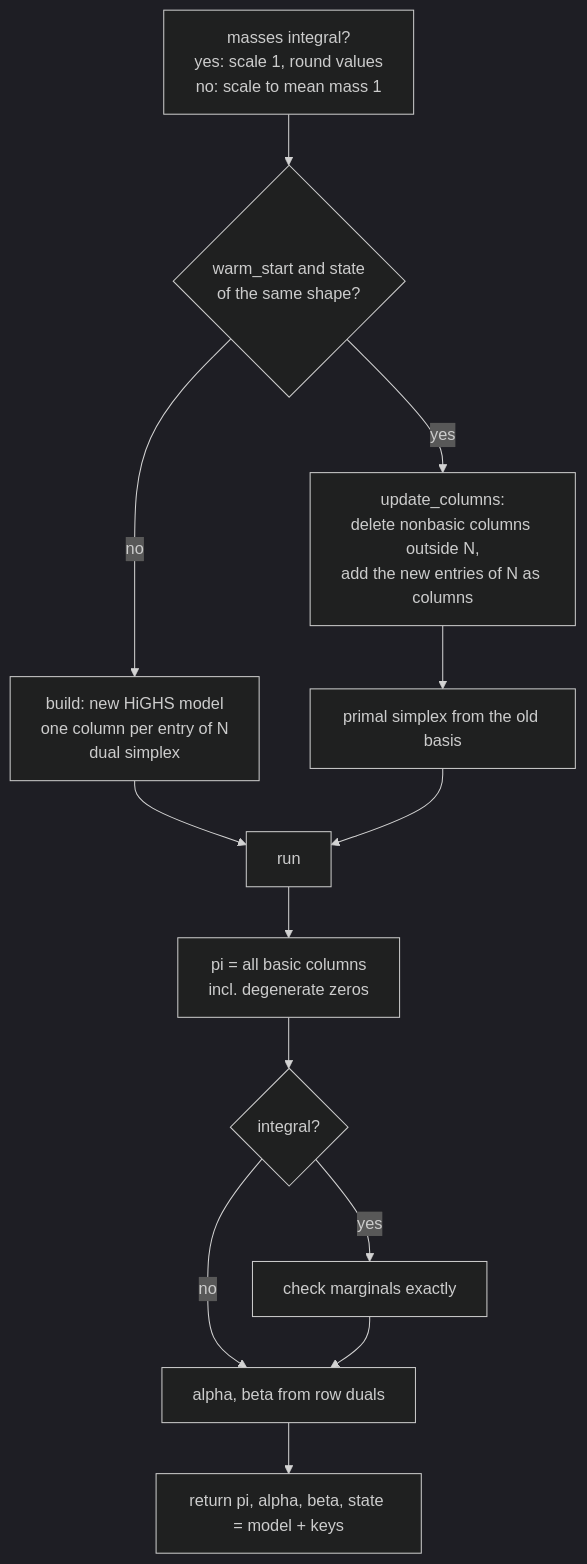
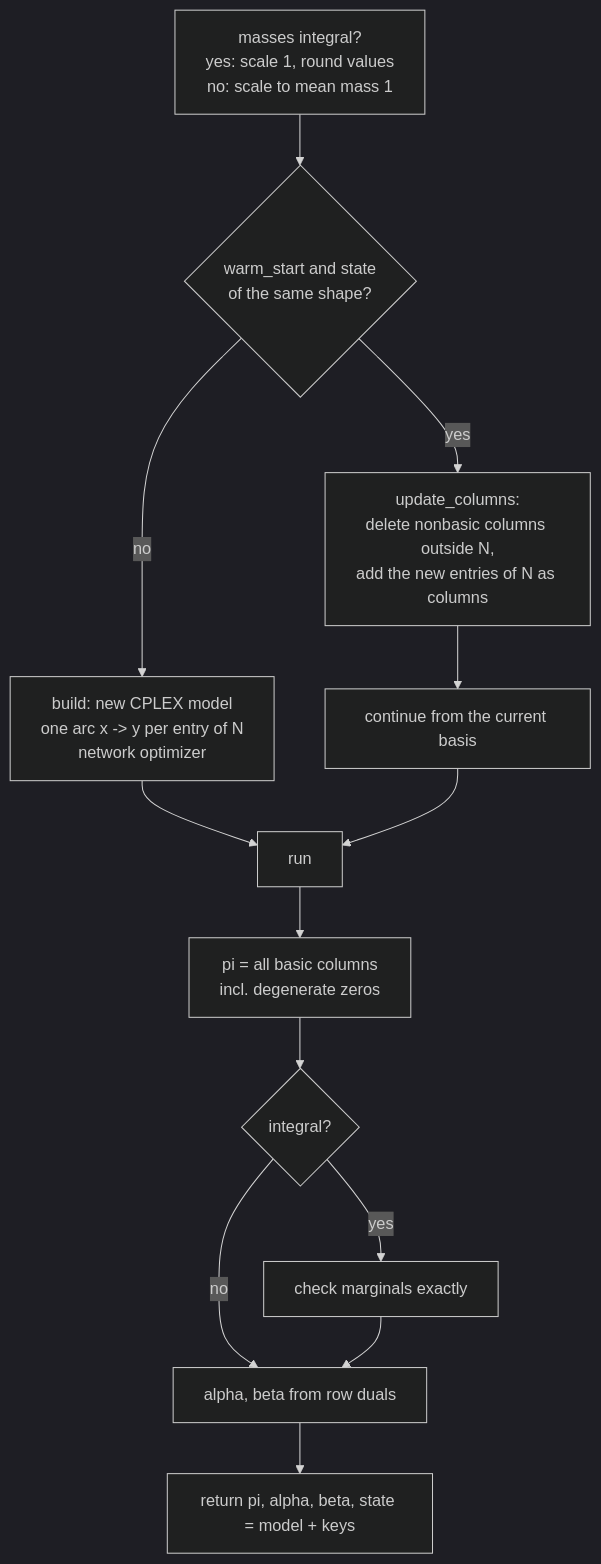
One commit to BenediktKaltenbach/multiscale_dicrete_ot changed the fifth of 8 diagrams in docs/flowchart.md. Above: the diagram before and after it, drawn with Mermaid (dark theme). The commit also changed other lines of this file and 20 other files, not shown here.

First line of the commit message:
Remove HiGHS; CPLEX network optimizer is the only solver

````diff
--- a/docs/flowchart.md
+++ b/docs/flowchart.md
@@ -66,15 +66,15 @@
 ```mermaid
 flowchart TB
     A["masses integral?<br/>yes: scale 1, round values<br/>no: scale to mean mass 1"] --> B{"warm_start and state<br/>of the same shape?"}
-    B -- no --> C["build: new HiGHS model<br/>one column per entry of N<br/>dual simplex"]
+    B -- no --> C["build: new CPLEX model<br/>one arc x -> y per entry of N<br/>network optimizer"]
     B -- yes --> D["update_columns:<br/>delete nonbasic columns outside N,<br/>add the new entries of N as columns"]
-    D --> E["primal simplex from the old basis"]
+    D --> E["continue from the current basis"]
     C --> F["run"]
     E --> F
     F --> G["pi = all basic columns<br/>incl. degenerate zeros"]
     G --> H{"integral?"}
     H -- yes --> I["check marginals exactly"]
     H -- no --> J["alpha, beta from row duals"]
     I --> J
     J --> K["return pi, alpha, beta, state = model + keys"]
 ```
````
